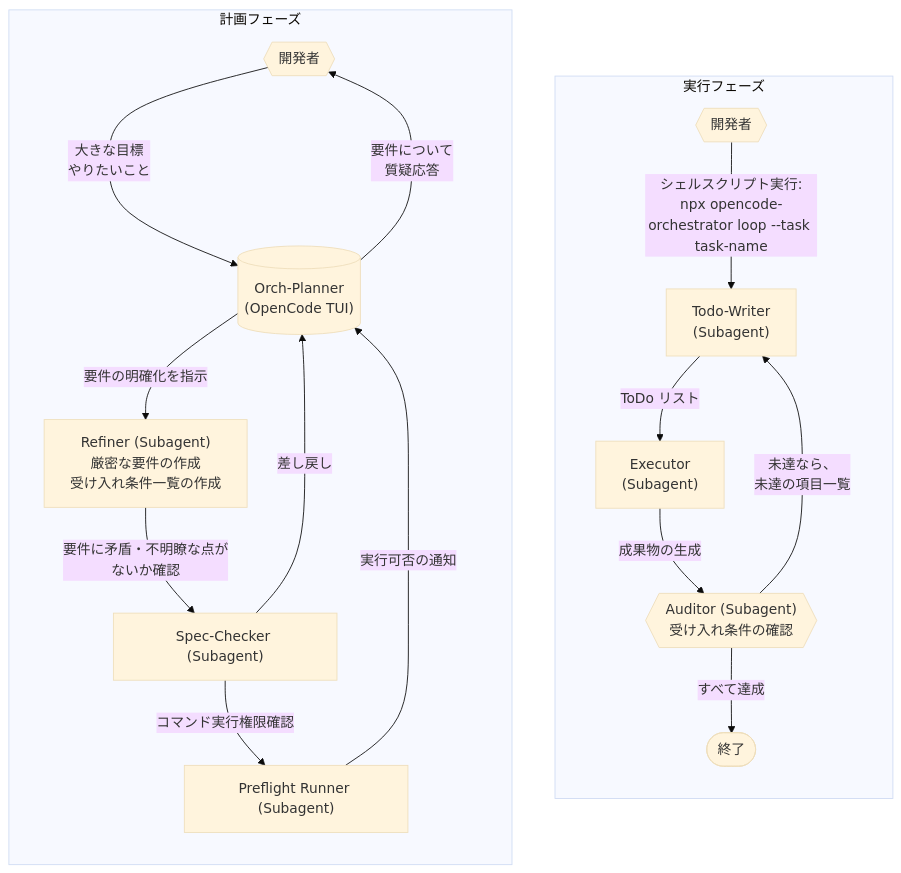
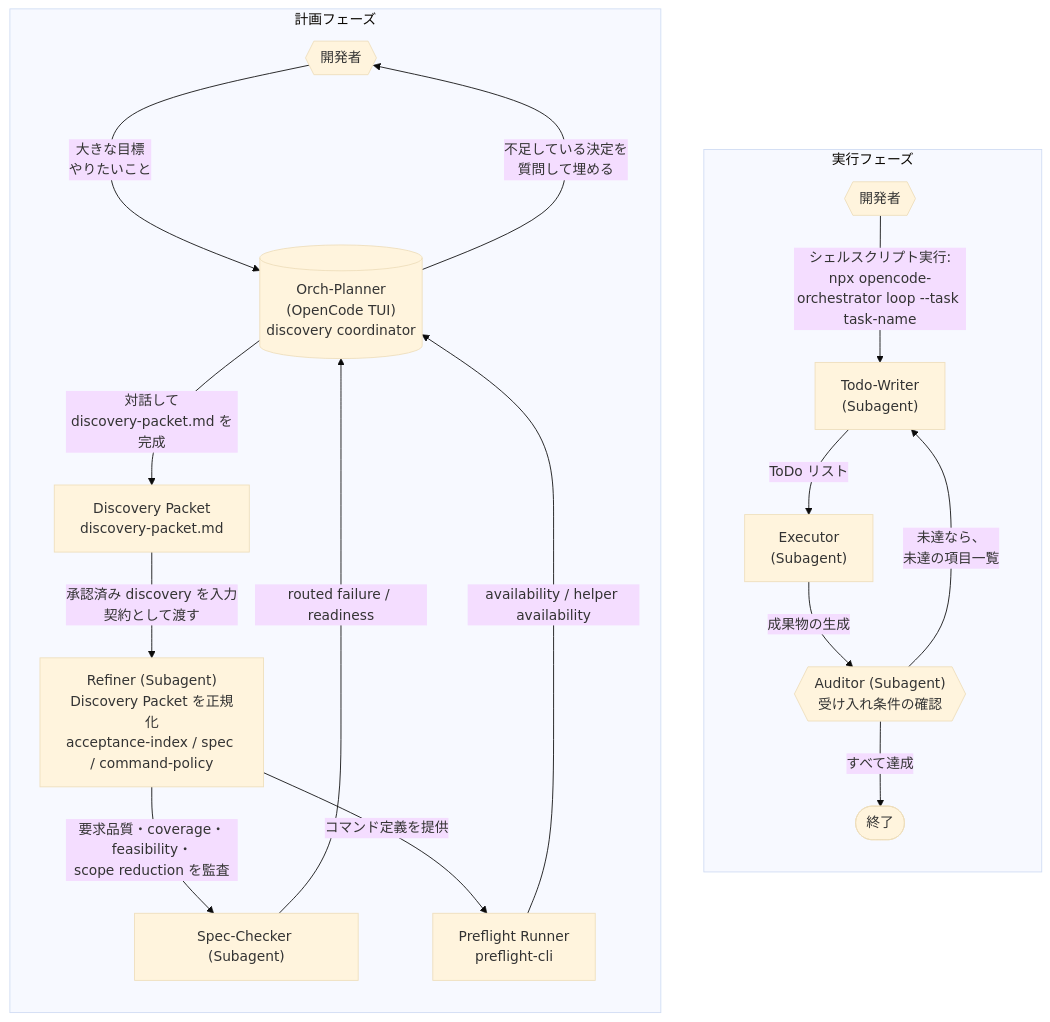
Before and after one commit to ZenkakuHiragana/opencode-orchestrator: the diagram in README.md, drawn with Mermaid (base theme). The commit also changed other lines of this file and 22 other files, not shown here.

First line of the commit message:
fix: align planning readiness with planner-finalized summary

````diff
--- a/README.md
+++ b/README.md
@@ -38,31 +43,31 @@
 ```mermaid
 flowchart LR
   subgraph Planning["計画フェーズ"]
     direction TB
     Dev{{"開発者"}} --"大きな目標<br/>やりたいこと"-->
-    Planner[("Orch-Planner<br/>(OpenCode TUI)")]
-    Planner --"要件の明確化を指示"-->
-    Refiner["Refiner (Subagent)<br/>厳密な要件の作成<br/>受け入れ条件一覧の作成"]
-    Planner --"要件について<br/>質疑応答"---> Dev
-    Refiner --"要件に矛盾・不明瞭な点が<br/>ないか確認"-->
+    Planner[("Orch-Planner<br/>(OpenCode TUI)<br/>discovery coordinator")]
+    Planner --"対話して<br/>discovery-packet.md を完成"--> Packet["Discovery Packet<br/>discovery-packet.md"]
+    Planner --"不足している決定を<br/>質問して埋める"---> Dev
+    Packet --"承認済み discovery を入力契約として渡す"-->
+    Refiner["Refiner (Subagent)<br/>Discovery Packet を正規化<br/>acceptance-index / spec / command-policy"]
+    Refiner --"要求品質・coverage・feasibility・<br/>scope reduction を監査"-->
     Spec-Checker["Spec-Checker (Subagent)"]
-    Spec-Checker --"差し戻し"--> Planner
-    Spec-Checker --"コマンド実行権限確認"-->
-    Preflight-Runner["Preflight Runner (Subagent)"]
-    Preflight-Runner --"実行可否の通知"--> Planner
+    Refiner --"コマンド定義を提供"--> Preflight-Runner["Preflight Runner<br/>preflight-cli"]
+    Spec-Checker --"routed failure / readiness"--> Planner
+    Preflight-Runner --"availability / helper availability"--> Planner
   end
 
   subgraph Execution["実行フェーズ"]
     direction TB
      Dev2{{"開発者"}} --"シェルスクリプト実行:<br/>npx opencode-orchestrator loop --task task-name"-->
     TodoWriter["Todo-Writer<br/>(Subagent)"]
     --"ToDo リスト"-->
     Executor["Executor<br/>(Subagent)"]
     --"成果物の生成"-->
     Auditor{{"Auditor (Subagent)<br/>受け入れ条件の確認"}}
     --"未達なら、<br/>未達の項目一覧"--> TodoWriter
     Auditor --"すべて達成"--> End(["終了"])
   end
 
   Planning ~~~ Execution
 ```
````
